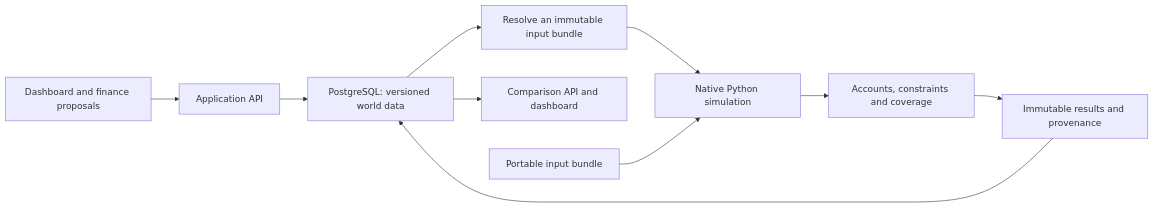
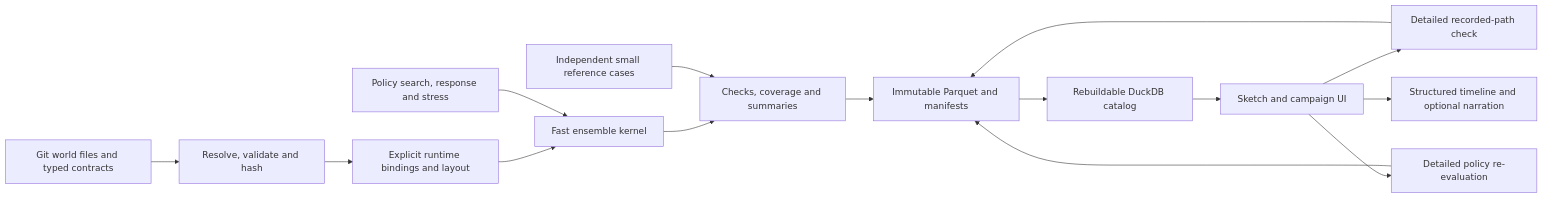
The diagram in docs/timeline-lab/model-architecture.md (c-voelkle/pacifica), drawn with Mermaid before and after one commit. The commit also changed other lines of this file and 3 other files, not shown here.

Commit message:
docs: incorporate Timeline Lab review and synchronize revision 0.5 backlog

````diff
--- a/docs/timeline-lab/model-architecture.md
+++ b/docs/timeline-lab/model-architecture.md
@@ -33,12 +35,17 @@
 ```mermaid
 flowchart LR
-    Editor["Dashboard and finance proposals"] --> API["Application API"]
-    API --> DB["PostgreSQL: versioned world data"]
-    DB --> Resolver["Resolve an immutable input bundle"]
-    Resolver --> Engine["Native Python simulation"]
-    Engine --> Validate["Accounts, constraints and coverage"]
-    Validate --> Results["Immutable results and provenance"]
-    Results --> DB
-    DB --> Views["Comparison API and dashboard"]
-    Bundle["Portable input bundle"] --> Engine
+    Files["Git world files and typed contracts"] --> Resolve["Resolve, validate and hash"]
+    Resolve --> Bind["Explicit runtime bindings and layout"]
+    Bind --> Fast["Fast ensemble kernel"]
+    Fast --> Checks["Checks, coverage and summaries"]
+    Ref["Independent small reference cases"] --> Checks
+    Search["Policy search, response and stress"] --> Fast
+    Checks --> Artifacts["Immutable Parquet and manifests"]
+    Artifacts --> Index["Rebuildable DuckDB catalog"]
+    Index --> UI["Sketch and campaign UI"]
+    UI --> Forensic["Detailed recorded-path check"]
+    UI --> Reeval["Detailed policy re-evaluation"]
+    Forensic --> Artifacts
+    Reeval --> Artifacts
+    UI --> Story["Structured timeline and optional narration"]
 ```
````
